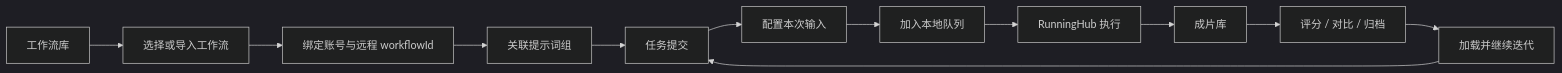
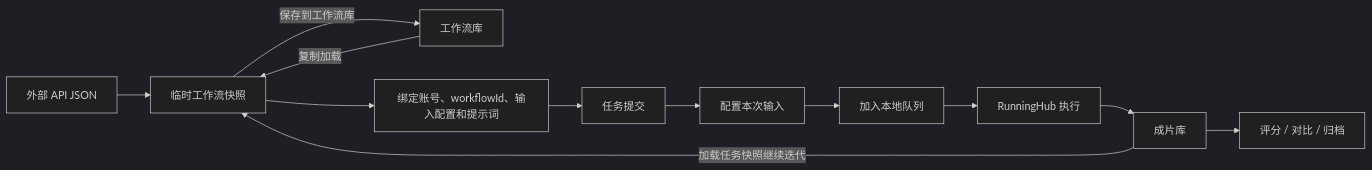
Before and after one commit to LLsetnow/RH_CLI: the second of 14 diagrams in web/README.md, drawn with Mermaid (dark theme). The commit also changed other lines of this file and 40 other files, not shown here.

````diff
--- a/web/README.md
+++ b/web/README.md
@@ -76,14 +128,14 @@
 ```mermaid
 flowchart LR
-    A["工作流库"] --> B["选择或导入工作流"]
-    B --> C["绑定账号与远程 workflowId"]
-    C --> D["关联提示词组"]
-    D --> E["任务提交"]
-    E --> F["配置本次输入"]
-    F --> G["加入本地队列"]
-    G --> H["RunningHub 执行"]
-    H --> I["成片库"]
-    I --> J["评分 / 对比 / 归档"]
-    J --> K["加载并继续迭代"]
-    K --> E
+    A["外部 API JSON"] --> B["临时工作流快照"]
+    L["工作流库"] -->|复制加载| B
+    B --> C["绑定账号、workflowId、输入配置和提示词"]
+    C --> D["任务提交"]
+    D --> E["配置本次输入"]
+    E --> F["加入本地队列"]
+    F --> G["RunningHub 执行"]
+    G --> H["成片库"]
+    H --> I["评分 / 对比 / 归档"]
+    B -->|保存到工作流库| L
+    H -->|加载任务快照继续迭代| B
 ```
````
